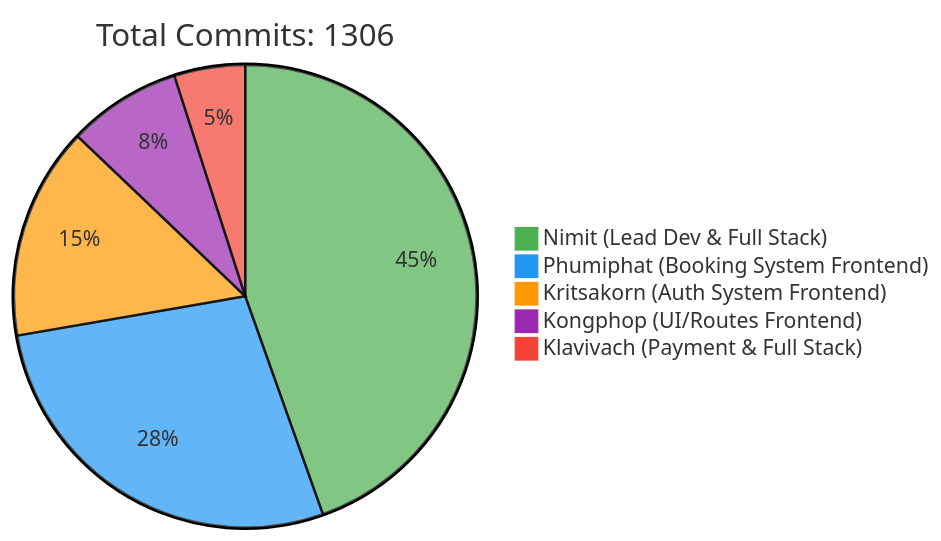
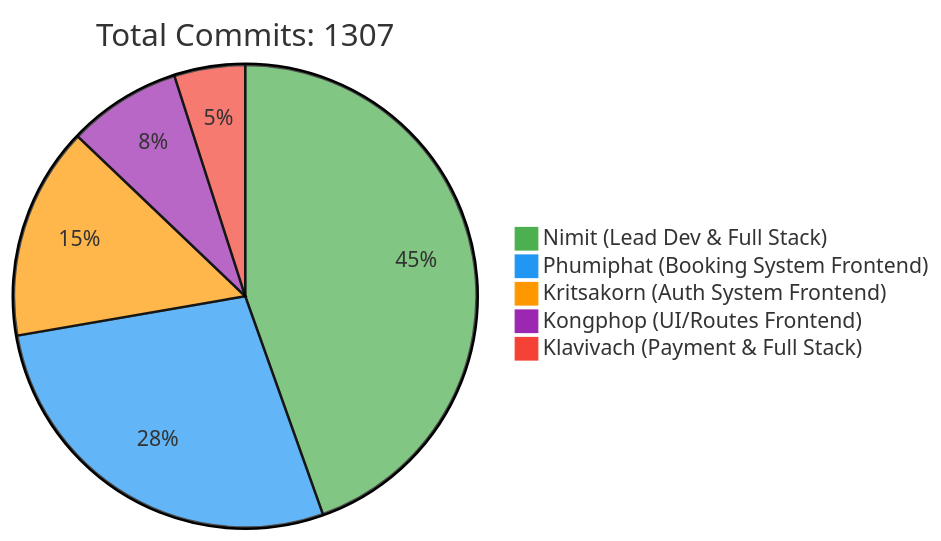
Before and after one commit to 6531503042/Sport-Complex: the first of 2 diagrams in README.md, drawn with Mermaid. The commit also changed other lines of this file, not shown here.

Commit message:
docs: Update contributor statistics [skip ci]

````diff
--- a/README.md
+++ b/README.md
@@ -257,10 +257,10 @@
 ```mermaid
 %%{init: {'theme': 'base', 'themeVariables': { 'pie1': '#4CAF50', 'pie2': '#2196F3', 'pie3': '#FF9800', 'pie4': '#9C27B0', 'pie5': '#F44336'}}}%%
 pie
-    title Total Commits: 1306
+    title Total Commits: 1307
     "Nimit (Lead Dev & Full Stack)" : 450
     "Phumiphat (Booking System Frontend)" : 280
     "Kritsakorn (Auth System Frontend)" : 150
     "Kongphop (UI/Routes Frontend)" : 80
     "Klavivach (Payment & Full Stack)" : 50
 ```
````
